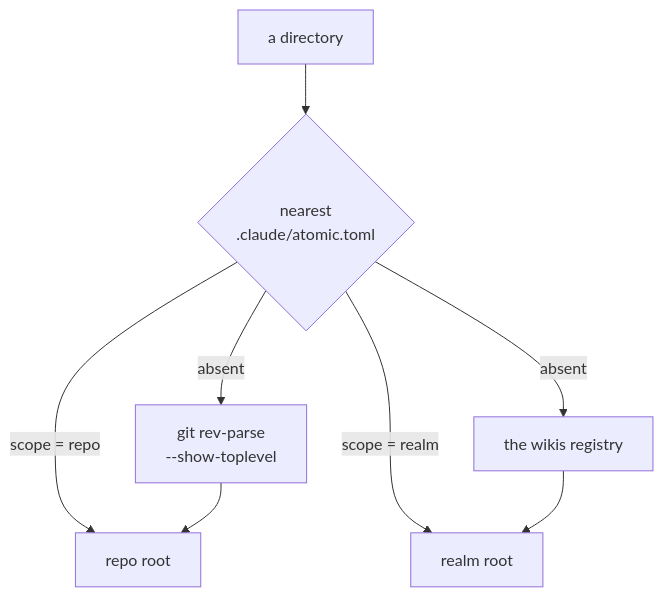
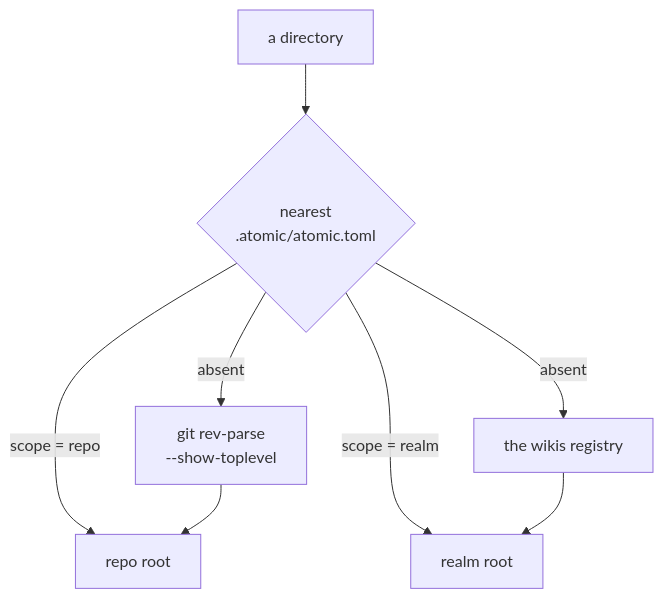
Before and after one commit to damusix/atomic-claude: the first of 4 diagrams in docs/reference/concepts.md, drawn with Mermaid. The commit also changed other lines of this file and 795 other files, not shown here.

First line of the commit message:
feat!: run Atomic on Claude Code, OMP, and Codex

````diff
--- a/docs/reference/concepts.md
+++ b/docs/reference/concepts.md
@@ -123,14 +146,14 @@
 ```mermaid
 flowchart TD
     accTitle: How atomic resolves a repo root and a realm root
     accDescr: A scope marker answers first. Without one, discovery falls back to git detection for a repo root and the wikis registry for a realm root.
     %% source: atomic/internal/repoctx, atomic/internal/where
     %% claim: a marker answers discovery; git and the wikis registry are the fallbacks
-    Dir["a directory"] --> Marker{"nearest<br/>.claude/atomic.toml"}
+    Dir["a directory"] --> Marker{"nearest<br/>.atomic/atomic.toml"}
     Marker -- "scope = repo" --> Repo["repo root"]
     Marker -- "scope = realm" --> Realm["realm root"]
     Marker -- absent --> FallRepo["git rev-parse<br/>--show-toplevel"]
     Marker -- absent --> FallRealm["the wikis registry"]
     FallRepo --> Repo
     FallRealm --> Realm
 ```
````
